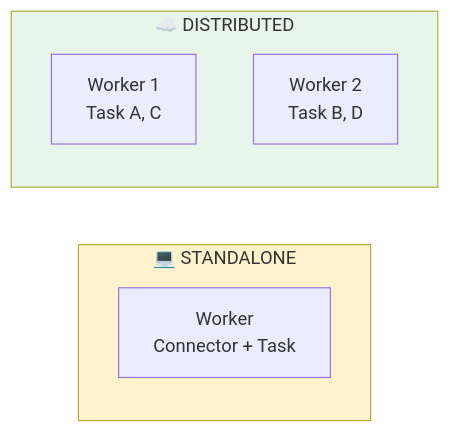
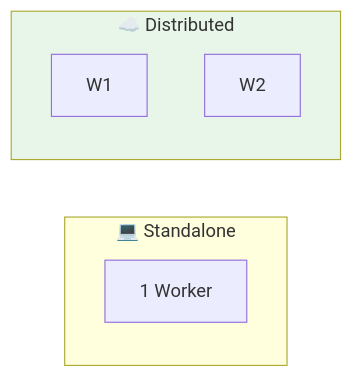
The third of 3 diagrams in formation-v2/day-03-integration/module-06-kafka-connect/README.md (msellamiTN/kafka-bhf), drawn with Mermaid before and after one commit. The commit also changed other lines of this file and 4 other files, not shown here.

Commit message:
refactor: reorganize Mermaid diagrams - more compact and readable

````diff
--- a/formation-v2/day-03-integration/module-06-kafka-connect/README.md
+++ b/formation-v2/day-03-integration/module-06-kafka-connect/README.md
@@ -100,14 +74,11 @@
 ```mermaid
 flowchart LR
-    subgraph standalone["💻 STANDALONE"]
-        W1["Worker<br/>Connector + Task"]
+    subgraph sa["💻 Standalone"]
+        W1["1 Worker"]
     end
-    
-    subgraph distributed["☁️ DISTRIBUTED"]
-        W2["Worker 1<br/>Task A, C"]
-        W3["Worker 2<br/>Task B, D"]
+    subgraph di["☁️ Distributed"]
+        W2["W1"]
+        W3["W2"]
     end
-    
-    style standalone fill:#fff3cd
-    style distributed fill:#e8f5e9
+    style di fill:#e8f5e9
 ```
````
